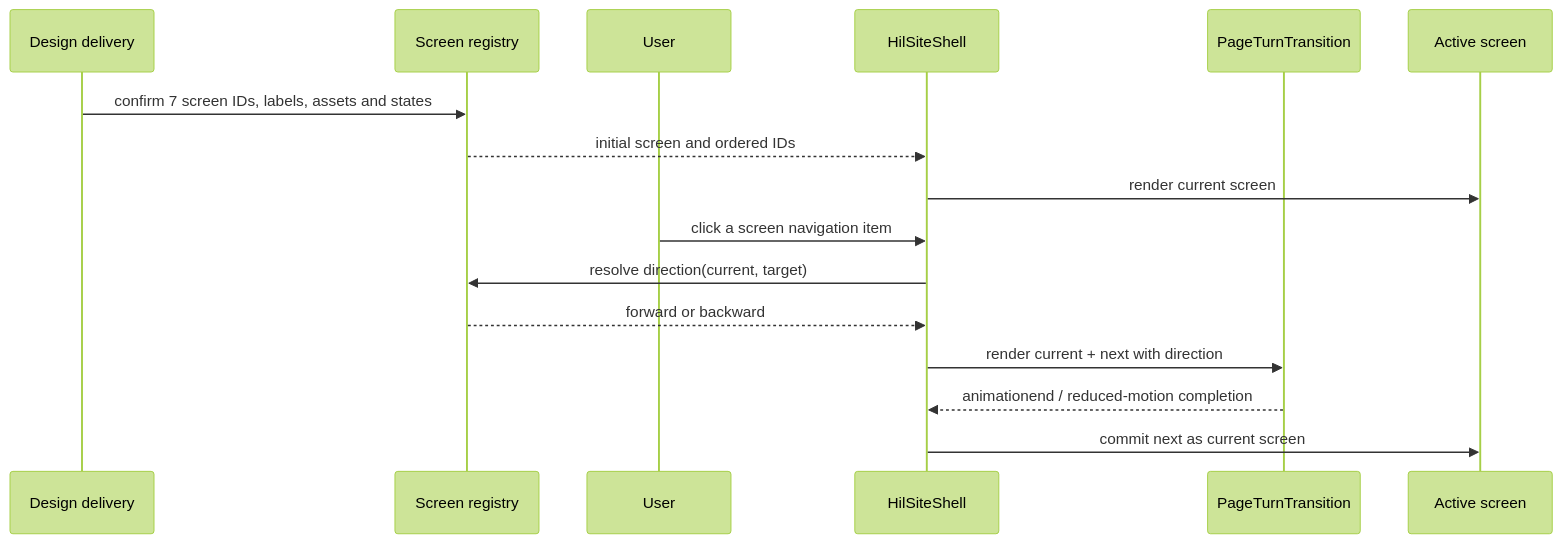
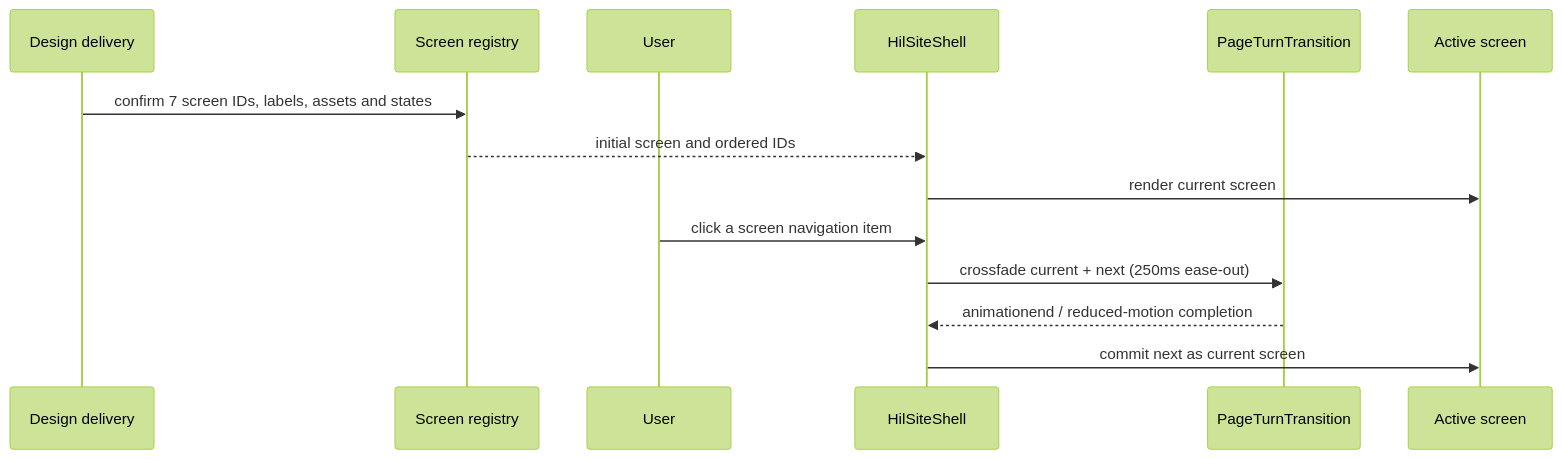
One commit to hellogithubsir/labWebSite changed the second of 2 diagrams in docs/architecture/figma-single-url.md. Above: the diagram before and after it, drawn with Mermaid (forest theme). The commit also changed other lines of this file and 25 other files, not shown here.

````diff
--- a/docs/architecture/figma-single-url.md
+++ b/docs/architecture/figma-single-url.md
@@ -192,19 +189,17 @@
 ```mermaid
 sequenceDiagram
   participant F as Design delivery
   participant R as Screen registry
   participant U as User
   participant S as HilSiteShell
   participant T as PageTurnTransition
   participant V as Active screen
 
   F->>R: confirm 7 screen IDs, labels, assets and states
   R-->>S: initial screen and ordered IDs
   S->>V: render current screen
   U->>S: click a screen navigation item
-  S->>R: resolve direction(current, target)
-  R-->>S: forward or backward
-  S->>T: render current + next with direction
+  S->>T: crossfade current + next (250ms ease-out)
   T-->>S: animationend / reduced-motion completion
   S->>V: commit next as current screen
 ```
````
